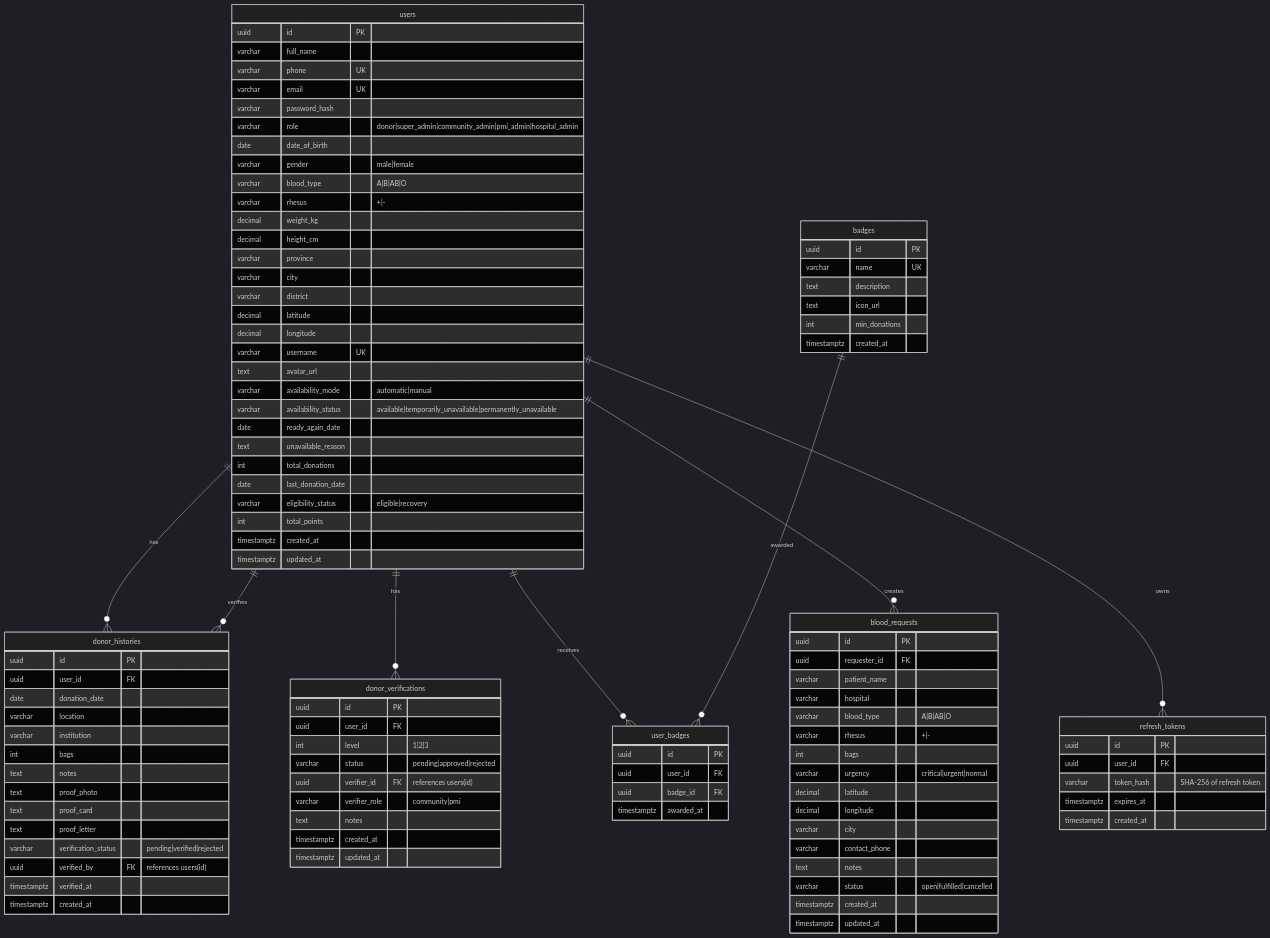
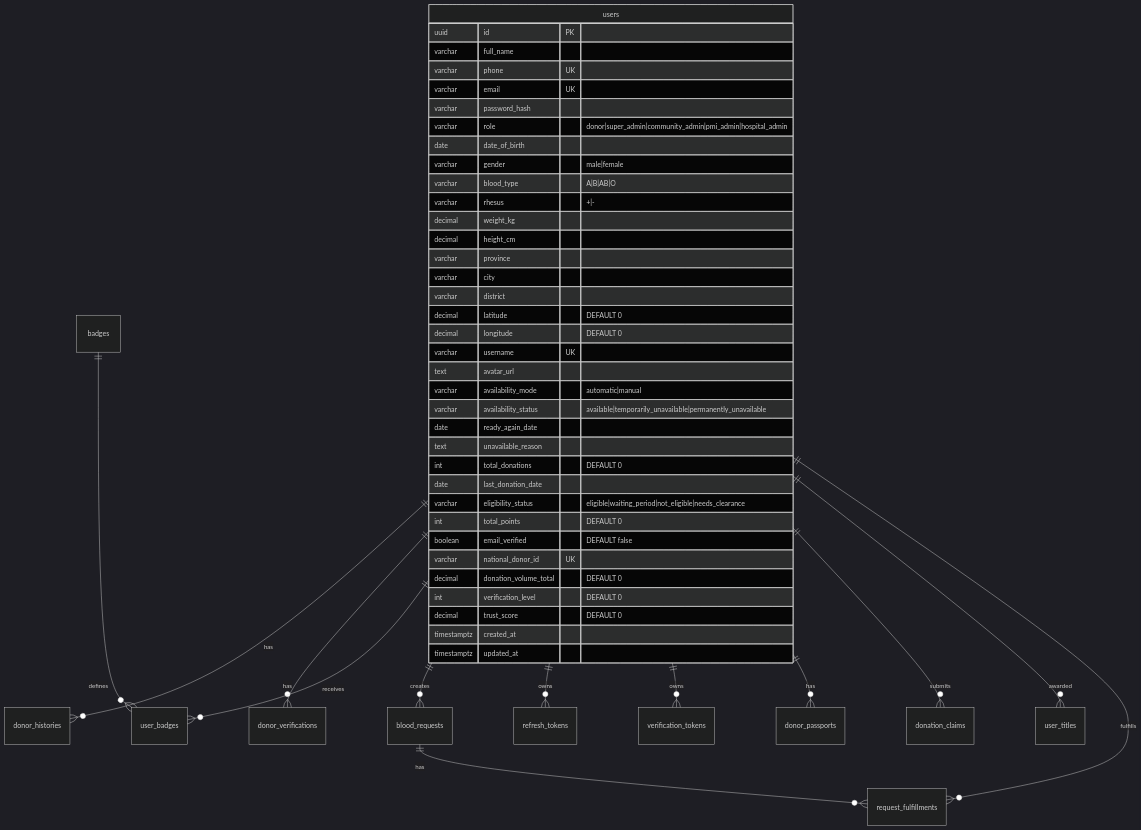
One commit to icarrr/AmbilDarahku changed the diagram in docs/DATABASE.md. Above: the diagram before and after it, drawn with Mermaid (dark theme). The commit also changed other lines of this file and 71 other files, not shown here.

````diff
--- a/docs/DATABASE.md
+++ b/docs/DATABASE.md
@@ -13,8 +13,13 @@
     users ||--o{ user_badges : receives
     users ||--o{ blood_requests : creates
     users ||--o{ refresh_tokens : owns
-    badges ||--o{ user_badges : awarded
-    users ||--o{ donor_histories : verifies
+    users ||--o{ verification_tokens : owns
+    users ||--o{ donor_passports : has
+    users ||--o{ donation_claims : submits
+    users ||--o{ user_titles : awarded
+    badges ||--o{ user_badges : defines
+    users ||--o{ request_fulfillments : fulfills
+    blood_requests ||--o{ request_fulfillments : has
 
     users {
         uuid id PK
@@ -32,91 +37,24 @@
         varchar province
         varchar city
         varchar district
-        decimal latitude
-        decimal longitude
+        decimal latitude "DEFAULT 0"
+        decimal longitude "DEFAULT 0"
         varchar username UK
         text avatar_url
         varchar availability_mode "automatic|manual"
         varchar availability_status "available|temporarily_unavailable|permanently_unavailable"
         date ready_again_date
         text unavailable_reason
-        int total_donations
+        int total_donations "DEFAULT 0"
         date last_donation_date
-        varchar eligibility_status "eligible|recovery"
-        int total_points
+        varchar eligibility_status "eligible|waiting_period|not_eligible|needs_clearance"
+        int total_points "DEFAULT 0"
+        boolean email_verified "DEFAULT false"
+        varchar national_donor_id UK
+        decimal donation_volume_total "DEFAULT 0"
+        int verification_level "DEFAULT 0"
+        decimal trust_score "DEFAULT 0"
         timestamptz created_at
         timestamptz updated_at
     }
-
-    donor_histories {
-        uuid id PK
-        uuid user_id FK
-        date donation_date
-        varchar location
-        varchar institution
-        int bags
-        text notes
-        text proof_photo
-        text proof_card
-        text proof_letter
-        varchar verification_status "pending|verified|rejected"
-        uuid verified_by FK "references users(id)"
-        timestamptz verified_at
-        timestamptz created_at
-    }
-
-    donor_verifications {
-        uuid id PK
-        uuid user_id FK
-        int level "1|2|3"
-        varchar status "pending|approved|rejected"
-        uuid verifier_id FK "references users(id)"
-        varchar verifier_role "community|pmi"
-        text notes
-        timestamptz created_at
-        timestamptz updated_at
-    }
-
-    blood_requests {
-        uuid id PK
-        uuid requester_id FK
-        varchar patient_name
-        varchar hospital
-        varchar blood_type "A|B|AB|O"
-        varchar rhesus "+|-"
-        int bags
-        varchar urgency "critical|urgent|normal"
-        decimal latitude
-        decimal longitude
-        varchar city
-        varchar contact_phone
-        text notes
-        varchar status "open|fulfilled|cancelled"
-        timestamptz created_at
-        timestamptz updated_at
-    }
-
-    badges {
-        uuid id PK
-        varchar name UK
-        text description
-        text icon_url
-        int min_donations
-        timestamptz created_at
-    }
-
-    user_badges {
-        uuid id PK
-        uuid user_id FK
-        uuid badge_id FK
-        timestamptz awarded_at
-    }
-
-    refresh_tokens {
-        uuid id PK
-        uuid user_id FK
-        varchar token_hash "SHA-256 of refresh token"
-        timestamptz expires_at
-        timestamptz created_at
-    }
 ```
````
